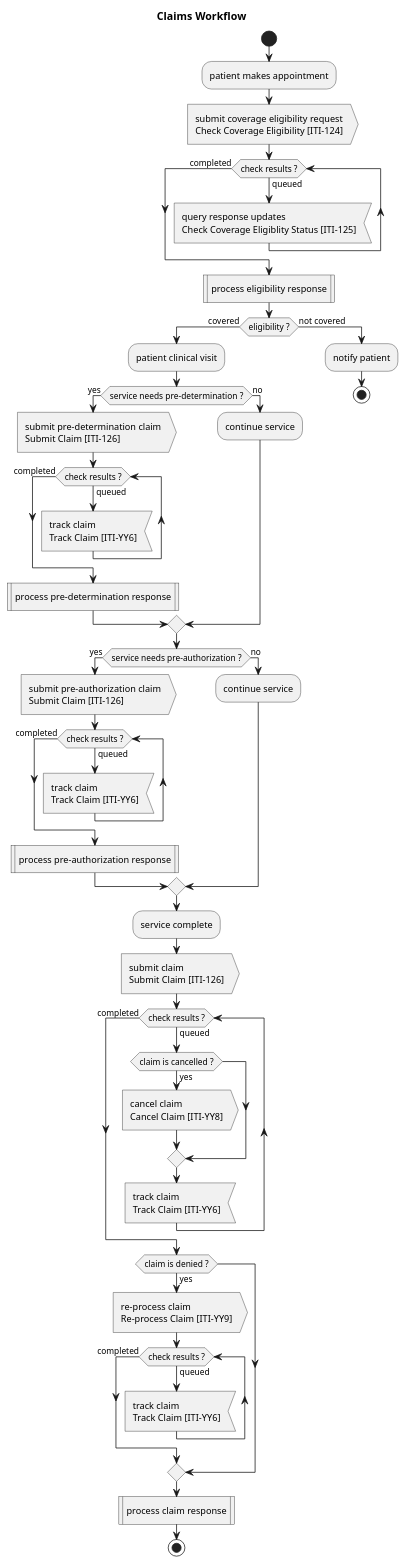
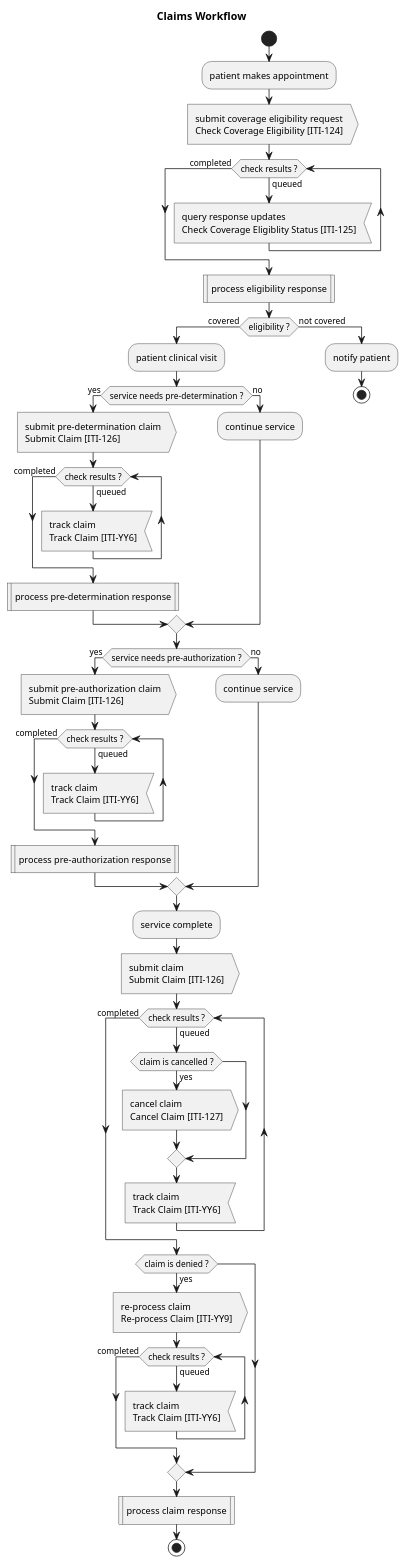
One commit to IHE/ITI.Finance changed the diagram in input/images-source/overview-visit.plantuml. Above: the diagram before and after it, drawn with PlantUML. The commit also changed 14 other files, not shown here.

```diff
--- a/input/images-source/overview-visit.plantuml
+++ b/input/images-source/overview-visit.plantuml
@@ -1,53 +1,53 @@
 @startuml
 
 title Claims Workflow
 
 start
 :patient makes appointment;
 :submit coverage eligibility request\nCheck Coverage Eligibility &#91;ITI-124&#93;>
 while (check results ?) is (queued)
   :query response updates\nCheck Coverage Eligiblity Status &#91;ITI-125&#93;<
 endwhile (completed)
 :process eligibility response|
 if (eligibility ?) then (covered)
   :patient clinical visit;
 
   if (service needs pre-determination ?) then (yes)
     :submit pre-determination claim\nSubmit Claim &#91;ITI-126&#93;>
     while (check results ?) is (queued)
       :track claim\nTrack Claim &#91;ITI-YY6&#93;<
     endwhile (completed)
     :process pre-determination response|
   else (no)
     :continue service;
   endif 
   if (service needs pre-authorization ?) then (yes)
   :submit pre-authorization claim\nSubmit Claim &#91;ITI-126&#93;>
   while (check results ?) is (queued)
     :track claim\nTrack Claim &#91;ITI-YY6&#93;<
   endwhile (completed)
   :process pre-authorization response|
   else (no)
     :continue service;
   endif
   :service complete;
   :submit claim\nSubmit Claim &#91;ITI-126&#93;>
   while (check results ?) is (queued)
     if (claim is cancelled ?) then (yes)
-      :cancel claim\nCancel Claim &#91;ITI-YY8&#93;>
+      :cancel claim\nCancel Claim &#91;ITI-127&#93;>
     endif
     :track claim\nTrack Claim &#91;ITI-YY6&#93;<
   endwhile (completed)
   if (claim is denied ?) then (yes)
     :re-process claim\nRe-process Claim &#91;ITI-YY9&#93;>
     while (check results ?) is (queued)
       :track claim\nTrack Claim &#91;ITI-YY6&#93;<
     endwhile (completed)
   endif
   :process claim response|
   stop
 else (not covered)
   :notify patient;
   stop
 
 @enduml
```
